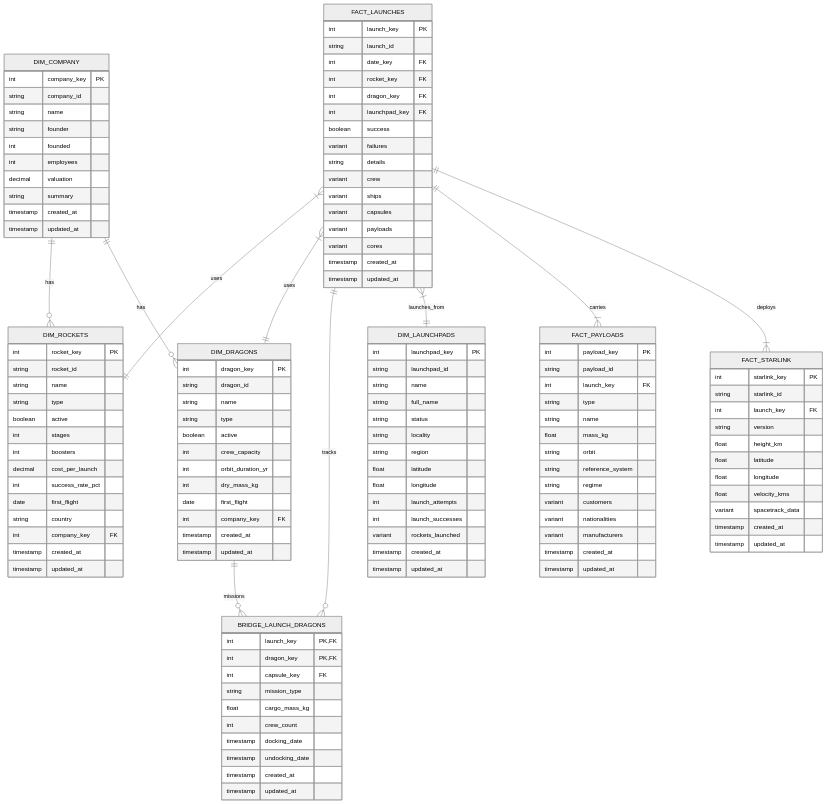
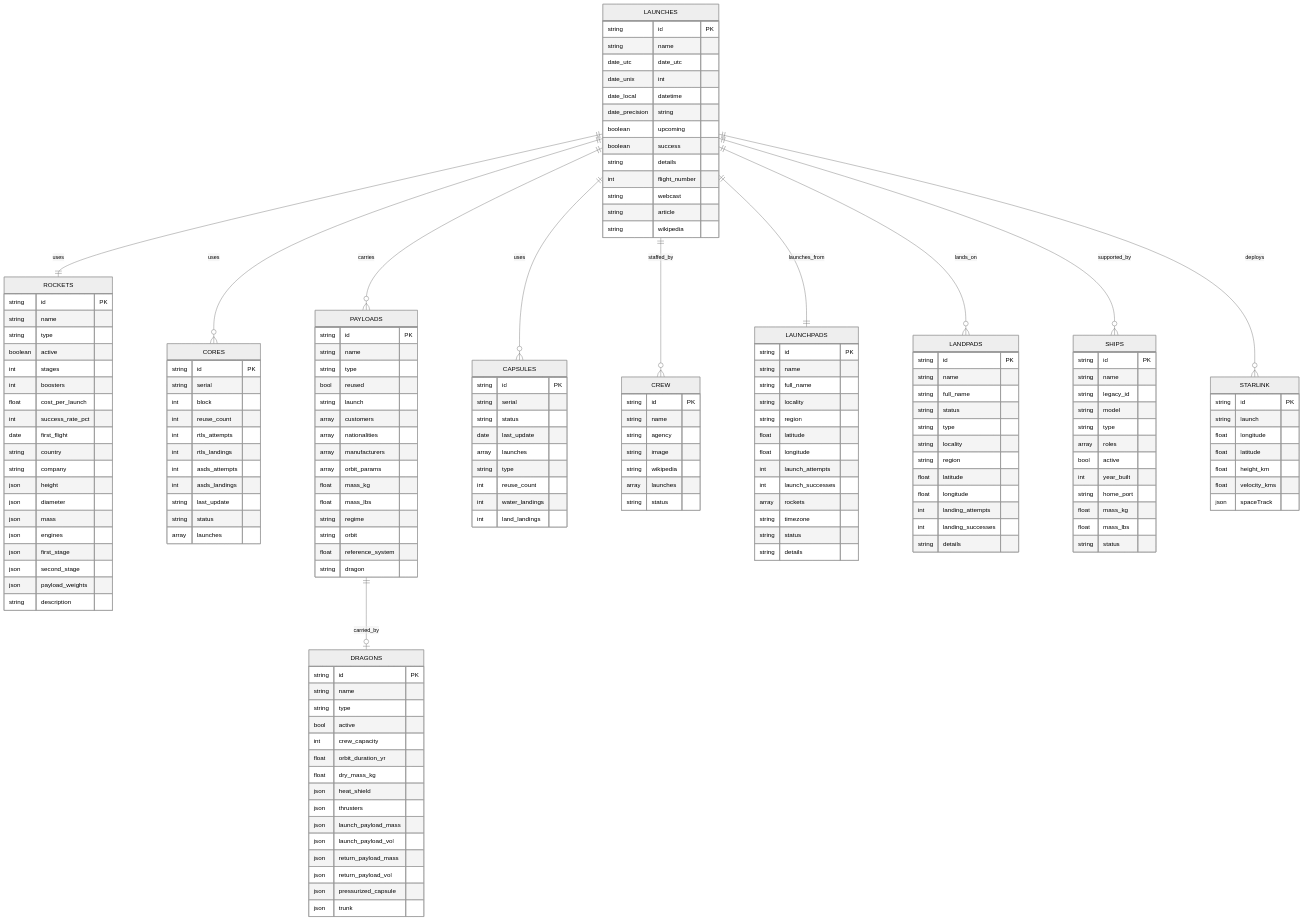
Before and after one commit to SiangbaMM/spacex_data_pipeline: the second of 2 diagrams in documents/spacex_data_model.md, drawn with Mermaid (neutral theme). The commit also changed other lines of this file and 4 other files, not shown here.

````diff
--- a/documents/spacex_data_model.md
+++ b/documents/spacex_data_model.md
@@ -202,136 +214,179 @@
 ```mermaid
 erDiagram
-    DIM_COMPANY {
-        int company_key PK
-        string company_id
+    LAUNCHES {
+        string id PK
         string name
-        string founder
-        int founded
-        int employees
-        decimal valuation
-        string summary
-        timestamp created_at
-        timestamp updated_at
+        date_utc date_utc
+        date_unix int
+        date_local datetime
+        date_precision string
+        boolean upcoming
+        boolean success
+        string details
+        int flight_number
+        string webcast
+        string article
+        string wikipedia
     }
 
-    DIM_ROCKETS {
-        int rocket_key PK
-        string rocket_id
+    ROCKETS {
+        string id PK
         string name
         string type
         boolean active
         int stages
         int boosters
-        decimal cost_per_launch
+        float cost_per_launch
         int success_rate_pct
         date first_flight
         string country
-        int company_key FK
-        timestamp created_at
-        timestamp updated_at
+        string company
+        json height
+        json diameter
+        json mass
+        json engines
+        json first_stage
+        json second_stage
+        json payload_weights
+        string description
     }
 
-    DIM_DRAGONS {
-        int dragon_key PK
-        string dragon_id
+    CORES {
+        string id PK
+        string serial
+        int block
+        int reuse_count
+        int rtls_attempts
+        int rtls_landings
+        int asds_attempts
+        int asds_landings
+        string last_update
+        string status
+        array launches
+    }
+
+    PAYLOADS {
+        string id PK
         string name
         string type
-        boolean active
-        int crew_capacity
-        int orbit_duration_yr
-        int dry_mass_kg
-        date first_flight
-        int company_key FK
-        timestamp created_at
-        timestamp updated_at
+        bool reused
+        string launch
+        array customers
+        array nationalities
+        array manufacturers
+        array orbit_params
+        float mass_kg
+        float mass_lbs
+        string regime
+        string orbit
+        float reference_system
+        string dragon
     }
 
-	DIM_LAUNCHPADS {
-        int launchpad_key PK
-        string launchpad_id
+    CAPSULES {
+        string id PK
+        string serial
+        string status
+        date last_update
+        array launches
+        string type
+        int reuse_count
+        int water_landings
+        int land_landings
+    }
+
+    CREW {
+        string id PK
+        string name
+        string agency
+        string image
+        string wikipedia
+        array launches
+        string status
+    }
+
+    LAUNCHPADS {
+        string id PK
         string name
         string full_name
-        string status
         string locality
         string region
         float latitude
         float longitude
         int launch_attempts
         int launch_successes
-        variant rockets_launched
-        timestamp created_at
-        timestamp updated_at
-    }
-    FACT_LAUNCHES {
-        int launch_key PK
-        string launch_id
-        int date_key FK
-        int rocket_key FK
-        int dragon_key FK
-        int launchpad_key FK
-        boolean success
-        variant failures
+        array rockets
+        string timezone
+        string status
         string details
-        variant crew
-        variant ships
-        variant capsules
-        variant payloads
-        variant cores
-        timestamp created_at
-        timestamp updated_at
     }
 
-    BRIDGE_LAUNCH_DRAGONS {
-        int launch_key PK,FK
-        int dragon_key PK,FK
-        int capsule_key FK
-        string mission_type
-        float cargo_mass_kg
-        int crew_count
-        timestamp docking_date
-        timestamp undocking_date
-        timestamp created_at
-        timestamp updated_at
+    LANDPADS {
+        string id PK
+        string name
+        string full_name
+        string status
+        string type
+        string locality
+        string region
+        float latitude
+        float longitude
+        int landing_attempts
+        int landing_successes
+        string details
     }
 
-    FACT_PAYLOADS {
-        int payload_key PK
-        string payload_id
-        int launch_key FK
+    DRAGONS {
+        string id PK
+        string name
         string type
-        string name
-        float mass_kg
-        string orbit
-        string reference_system
-        string regime
-        variant customers
-        variant nationalities
-        variant manufacturers
-        timestamp created_at
-        timestamp updated_at
+        bool active
+        int crew_capacity
+        float orbit_duration_yr
+        float dry_mass_kg
+        json heat_shield
+        json thrusters
+        json launch_payload_mass
+        json launch_payload_vol
+        json return_payload_mass
+        json return_payload_vol
+        json pressurized_capsule
+        json trunk
     }
 
-	FACT_STARLINK {
-        int starlink_key PK
-        string starlink_id
-        int launch_key FK
-        string version
-        float height_km
-        float latitude
-        float longitude
-        float velocity_kms
-        variant spacetrack_data
-        timestamp created_at
-        timestamp updated_at
+    SHIPS {
+        string id PK
+        string name
+        string legacy_id
+        string model
+        string type
+        array roles
+        bool active
+        int year_built
+        string home_port
+        float mass_kg
+        float mass_lbs
+        string status
     }
 
-    DIM_COMPANY ||--o{ DIM_ROCKETS : "has"
-    DIM_COMPANY ||--o{ DIM_DRAGONS : "has"
-    FACT_LAUNCHES }|--|| DIM_ROCKETS : "uses"
-    FACT_LAUNCHES }|--|| DIM_DRAGONS : "uses"
-    FACT_LAUNCHES ||--o{ BRIDGE_LAUNCH_DRAGONS : "tracks"
-    DIM_DRAGONS ||--o{ BRIDGE_LAUNCH_DRAGONS : "missions"
-    FACT_LAUNCHES }|--|| DIM_LAUNCHPADS : "launches_from"
-    FACT_LAUNCHES ||--|{ FACT_PAYLOADS : "carries"
-    FACT_LAUNCHES ||--|{ FACT_STARLINK : "deploys"
+    STARLINK {
+        string id PK
+        string launch
+        float longitude
+        float latitude
+        float height_km
+        float velocity_kms
+        json spaceTrack
+    }
+
+    LAUNCHES ||--o{ CORES : "uses"
+    LAUNCHES ||--o{ PAYLOADS : "carries"
+    LAUNCHES ||--o{ CREW : "staffed_by"
+    LAUNCHES ||--|| LAUNCHPADS : "launches_from"
+    LAUNCHES ||--|| ROCKETS : "uses"
+    PAYLOADS ||--o| DRAGONS : "carried_by"
+    LAUNCHES ||--o{ SHIPS : "supported_by"
+    LAUNCHES ||--o{ CAPSULES : "uses"
+    LAUNCHES ||--o{ STARLINK : "deploys"
+    LAUNCHES ||--o{ LANDPADS : "lands_on"
 ```
````
